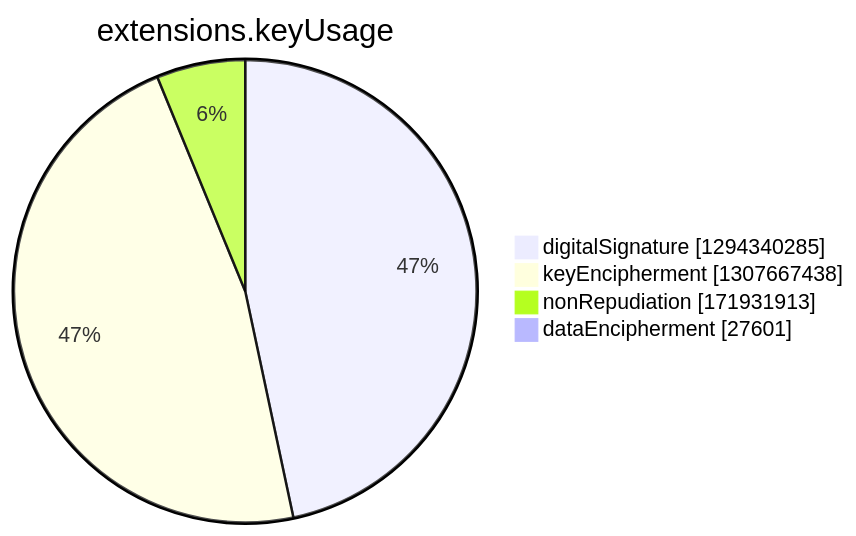
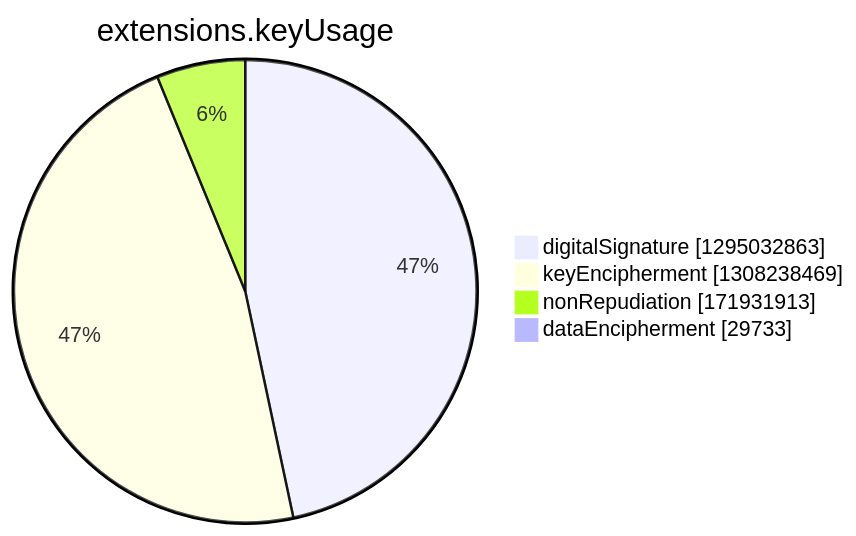
The seventh of 15 diagrams in argon2022/README.md (christiankrug/ctmonitor_visualization), drawn with Mermaid before and after one commit. The commit also changed other lines of this file, not shown here.

````diff
--- a/argon2022/README.md
+++ b/argon2022/README.md
@@ -2749,8 +2749,8 @@
 ```mermaid
 pie showData
 title extensions.keyUsage
-"digitalSignature" :1294340285
-"keyEncipherment" :1307667438
+"digitalSignature" :1295032863
+"keyEncipherment" :1308238469
 "nonRepudiation" :171931913
-"dataEncipherment" :27601
+"dataEncipherment" :29733
 ```
````
